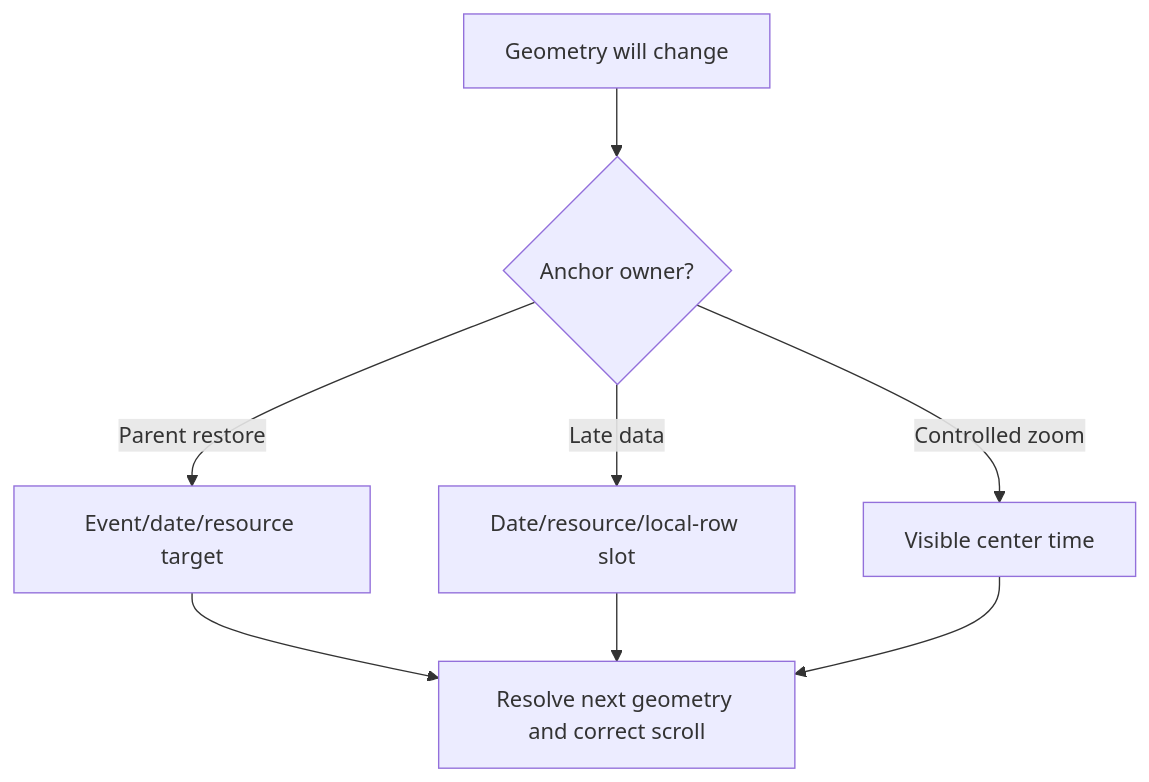
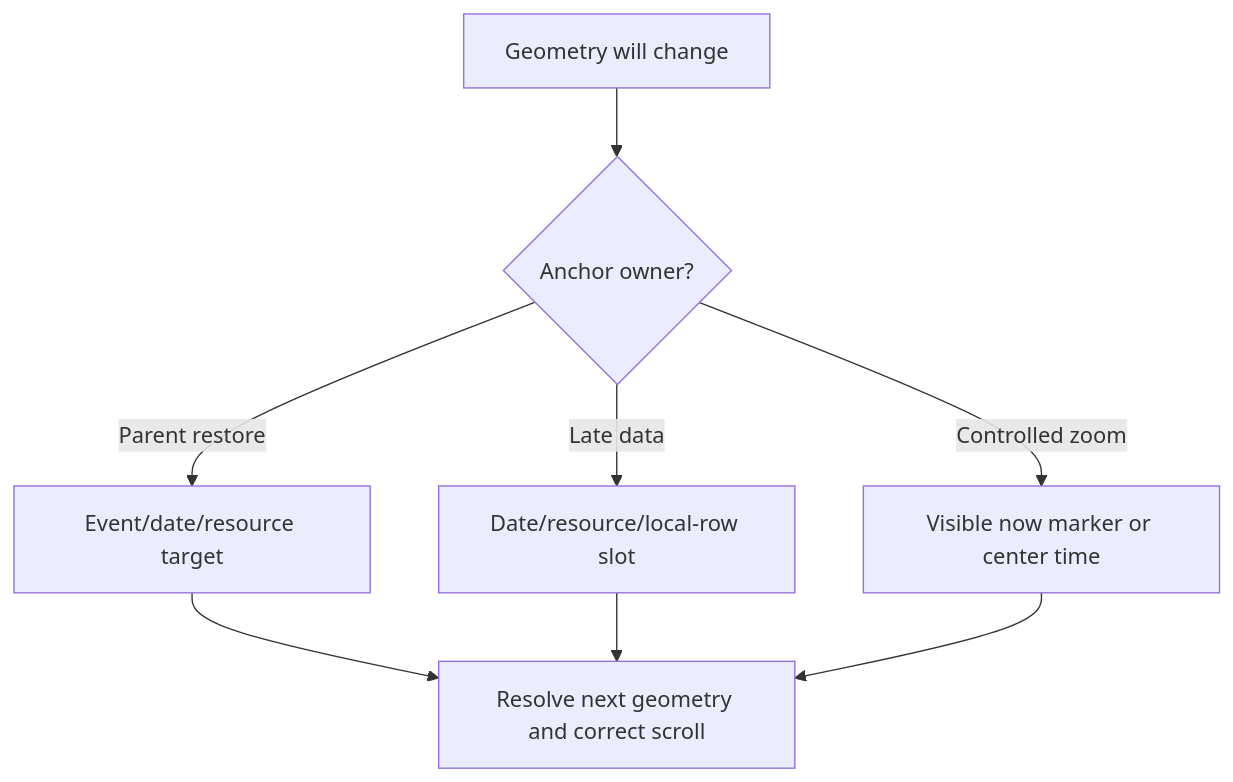
One commit to junomedical/quno-calendar changed the diagram in docs/domains/anchors.md. Above: the diagram before and after it, drawn with Mermaid. The commit also changed other lines of this file and 33 other files, not shown here.

````diff
--- a/docs/domains/anchors.md
+++ b/docs/domains/anchors.md
@@ -7,10 +7,10 @@
 ```mermaid
 flowchart TD
   Change["Geometry will change"] --> Priority{"Anchor owner?"}
   Priority -->|Parent restore| Parent["Event/date/resource target"]
   Priority -->|Late data| Data["Date/resource/local-row slot"]
-  Priority -->|Controlled zoom| Zoom["Visible center time"]
+  Priority -->|Controlled zoom| Zoom["Visible now marker or center time"]
   Parent --> Restore["Resolve next geometry and correct scroll"]
   Data --> Restore
   Zoom --> Restore
 ```
````
